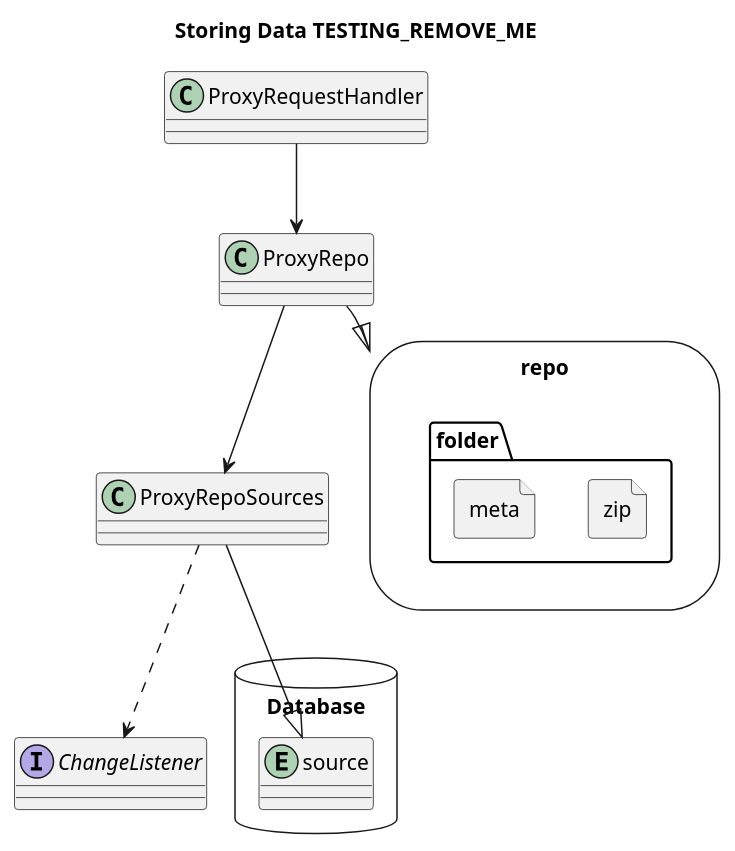
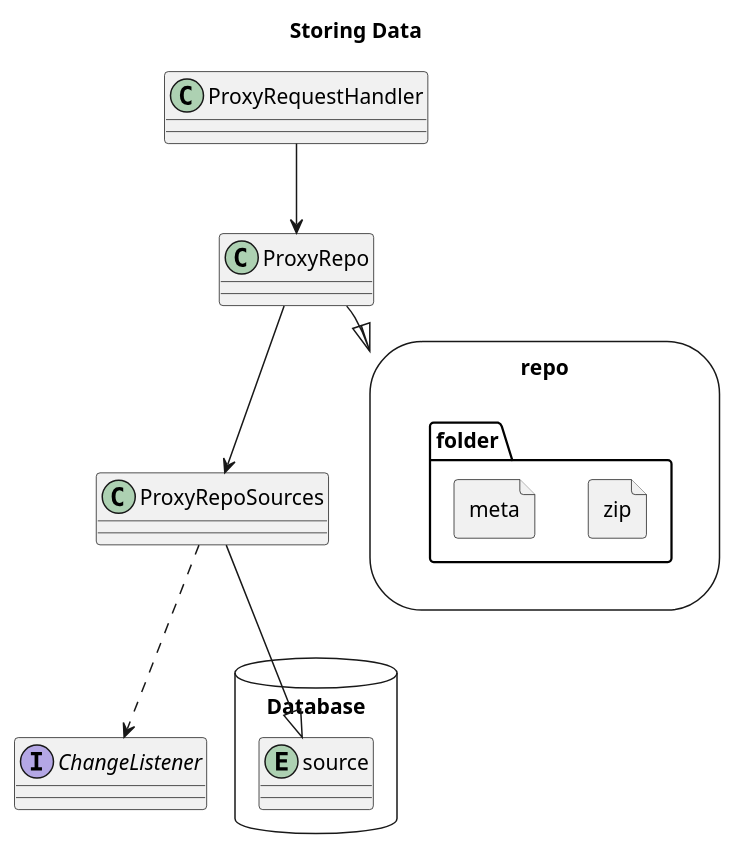
One commit to gchq/stroom changed the diagram in stroom-proxy/stroom-proxy-app/doc/storing-data.puml. Above: the diagram before and after it, drawn with PlantUML. The commit also changed 1 other file, not shown here.

```diff
--- a/stroom-proxy/stroom-proxy-app/doc/storing-data.puml
+++ b/stroom-proxy/stroom-proxy-app/doc/storing-data.puml
@@ -1,40 +1,40 @@
 @startuml
 
-title Storing Data TESTING_REMOVE_ME
+title Storing Data
 
 class ProxyRequestHandler {
 }
 
 class ProxyRepo {
 }
 
 class ProxyRepoSources {
 }
 
 storage repo {
     folder folder {
         file zip {
         }
         file meta {
         }
     }
 }
 
 
 
 package Database <<Database>> {
 entity source
 }
 
 
 
 interface ChangeListener {
 }
 
 ProxyRequestHandler --> ProxyRepo
 ProxyRepo --|> repo
 ProxyRepo --> ProxyRepoSources
 ProxyRepoSources --|> source
 ProxyRepoSources ..> ChangeListener
 
 @enduml
```
